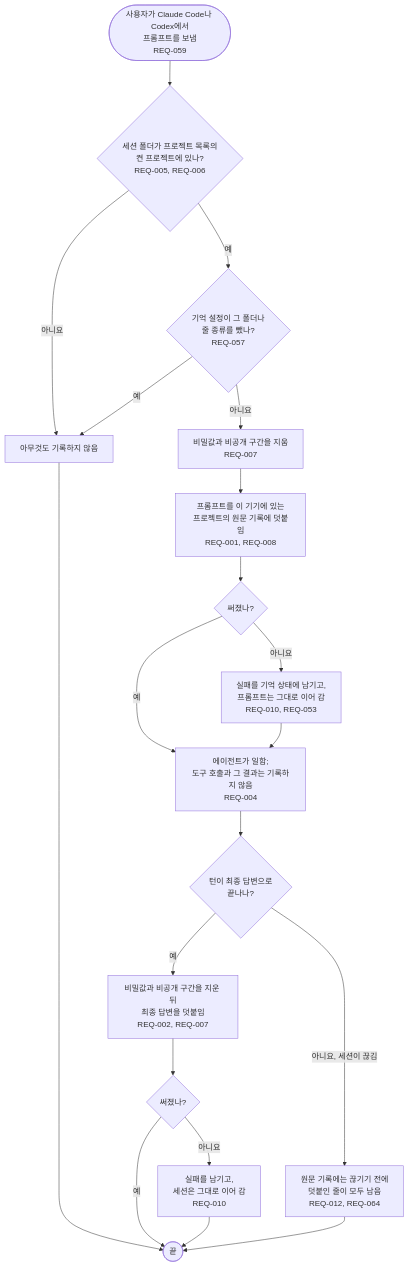
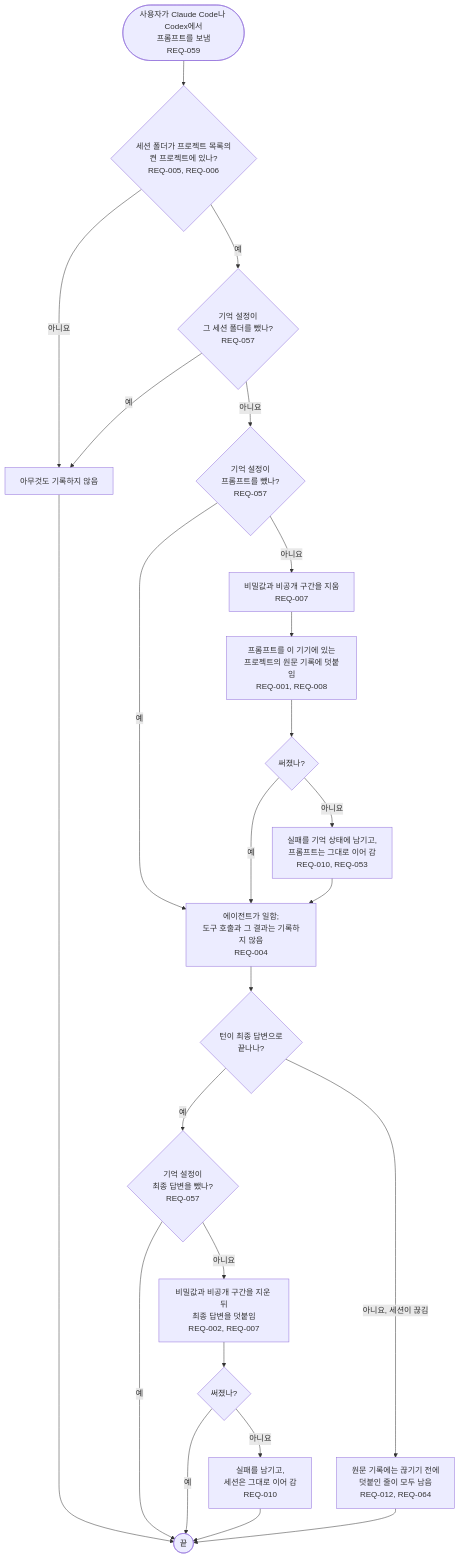
Before and after one commit to kodonghui/corthex: the diagram in docs/03-user-flow/memory/FL-002-record-a-turn.ko.md, drawn with Mermaid. The commit also changed 3 other files, not shown here.

First line of the commit message:
docs: check each raw log entry kind on its own in the capture flows

````diff
--- a/docs/03-user-flow/memory/FL-002-record-a-turn.ko.md
+++ b/docs/03-user-flow/memory/FL-002-record-a-turn.ko.md
@@ -9,22 +9,26 @@
 ```mermaid
 flowchart TD
   A(["사용자가 Claude Code나 Codex에서<br/>프롬프트를 보냄<br/>REQ-059"]) --> B{"세션 폴더가 프로젝트 목록의<br/>켠 프로젝트에 있나?<br/>REQ-005, REQ-006"}
   B -->|아니요| N["아무것도 기록하지 않음"]
   N --> Z(["끝"])
-  B -->|예| C{"기억 설정이 그 폴더나<br/>줄 종류를 뺐나?<br/>REQ-057"}
+  B -->|예| C{"기억 설정이<br/>그 세션 폴더를 뺐나?<br/>REQ-057"}
   C -->|예| N
-  C -->|아니요| D["비밀값과 비공개 구간을 지움<br/>REQ-007"]
+  C -->|아니요| P{"기억 설정이<br/>프롬프트를 뺐나?<br/>REQ-057"}
+  P -->|예| H
+  P -->|아니요| D["비밀값과 비공개 구간을 지움<br/>REQ-007"]
   D --> E["프롬프트를 이 기기에 있는<br/>프로젝트의 원문 기록에 덧붙임<br/>REQ-001, REQ-008"]
   E --> F{"써졌나?"}
   F -->|아니요| G["실패를 기억 상태에 남기고,<br/>프롬프트는 그대로 이어 감<br/>REQ-010, REQ-053"]
   F -->|예| H["에이전트가 일함;<br/>도구 호출과 그 결과는 기록하지 않음<br/>REQ-004"]
   G --> H
   H --> I{"턴이 최종 답변으로<br/>끝나나?"}
-  I -->|예| J["비밀값과 비공개 구간을 지운 뒤<br/>최종 답변을 덧붙임<br/>REQ-002, REQ-007"]
+  I -->|예| Q{"기억 설정이<br/>최종 답변을 뺐나?<br/>REQ-057"}
+  Q -->|예| Z
+  Q -->|아니요| J["비밀값과 비공개 구간을 지운 뒤<br/>최종 답변을 덧붙임<br/>REQ-002, REQ-007"]
   I -->|아니요, 세션이 끊김| K["원문 기록에는 끊기기 전에<br/>덧붙인 줄이 모두 남음<br/>REQ-012, REQ-064"]
   J --> L{"써졌나?"}
   L -->|아니요| G2["실패를 남기고,<br/>세션은 그대로 이어 감<br/>REQ-010"]
   L -->|예| Z
   G2 --> Z
   K --> Z
 ```
````
